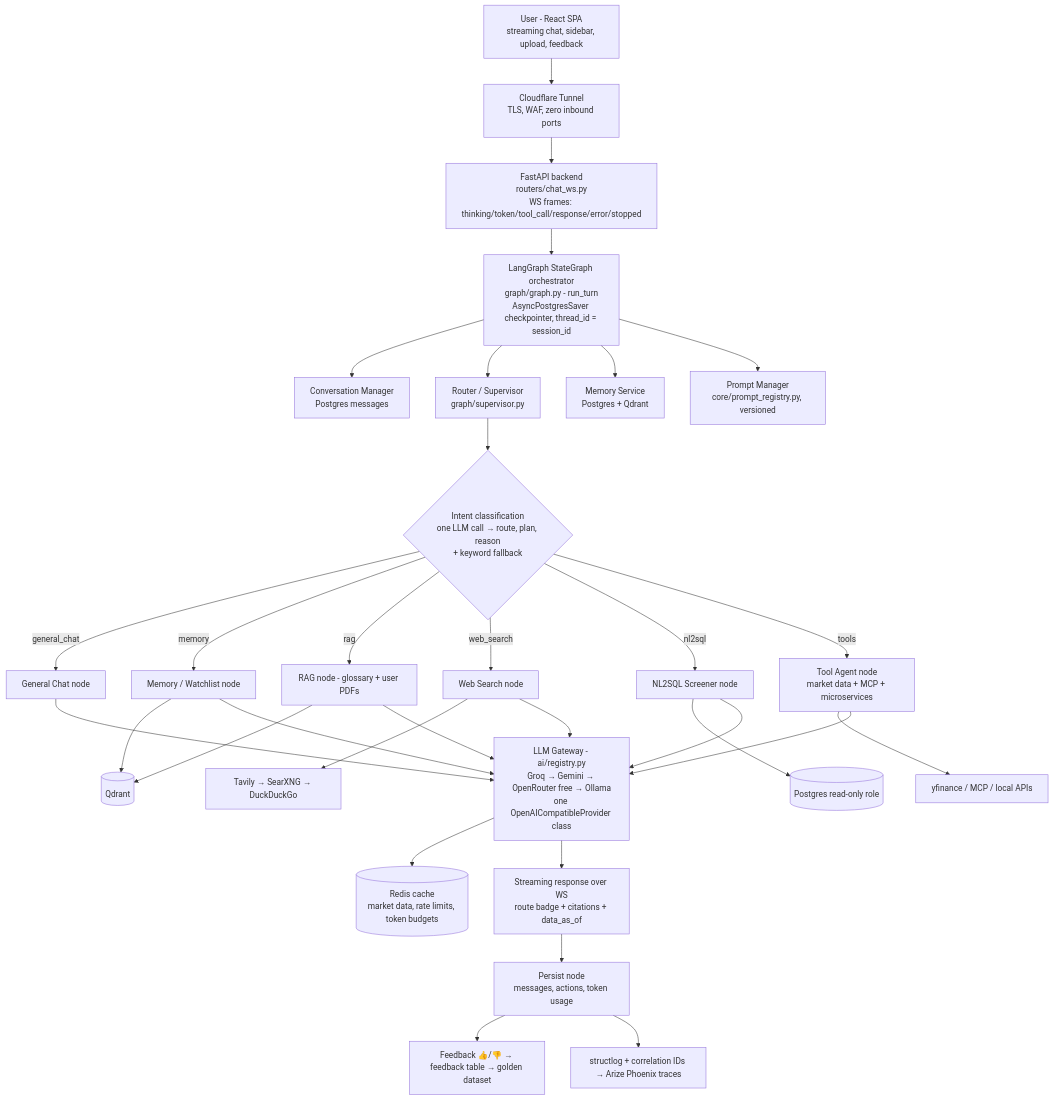
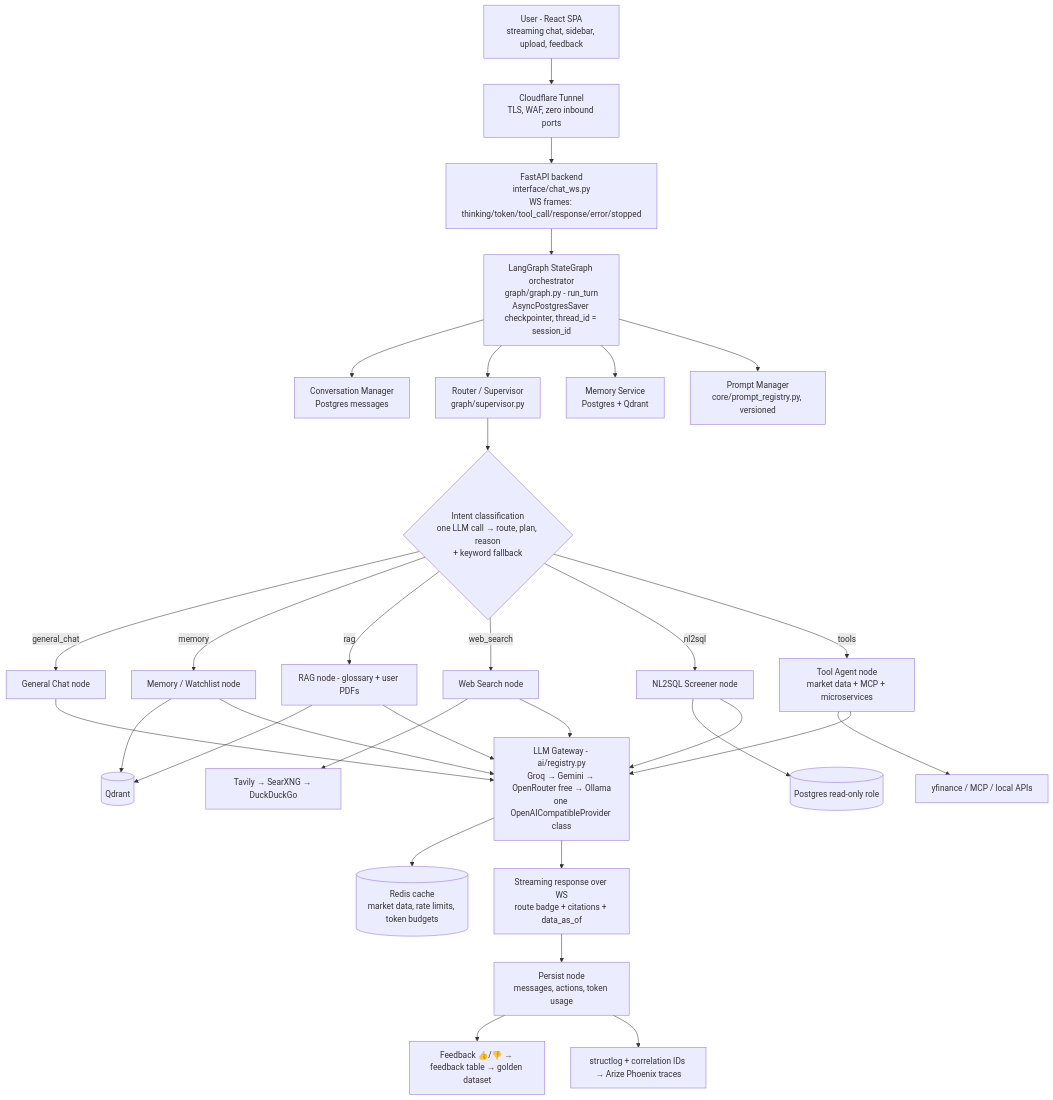
One commit to ARETYON/finzorr changed the second of 9 diagrams in PROJECT_PLAN.md. Above: the diagram before and after it, drawn with Mermaid. The commit also changed other lines of this file and 18 other files, not shown here.

First line of the commit message:
refactor(interface): relocate app/routers/ into app/interface/

````diff
--- a/PROJECT_PLAN.md
+++ b/PROJECT_PLAN.md
@@ -143,28 +143,28 @@
 ```mermaid
 flowchart TD
   U[User - React SPA<br/>streaming chat, sidebar, upload, feedback] --> CF[Cloudflare Tunnel<br/>TLS, WAF, zero inbound ports]
-  CF --> BE[FastAPI backend<br/>routers/chat_ws.py<br/>WS frames: thinking/token/tool_call/response/error/stopped]
+  CF --> BE[FastAPI backend<br/>interface/chat_ws.py<br/>WS frames: thinking/token/tool_call/response/error/stopped]
   BE --> ORCH[LangGraph StateGraph orchestrator<br/>graph/graph.py - run_turn<br/>AsyncPostgresSaver checkpointer, thread_id = session_id]
   ORCH --> CM[Conversation Manager<br/>Postgres messages]
   ORCH --> RT[Router / Supervisor<br/>graph/supervisor.py]
   ORCH --> MS[Memory Service<br/>Postgres + Qdrant]
   ORCH --> PM[Prompt Manager<br/>core/prompt_registry.py, versioned]
   RT --> IC{Intent classification<br/>one LLM call → route, plan, reason<br/>+ keyword fallback}
   IC -->|general_chat| N0[General Chat node]
   IC -->|memory| N1[Memory / Watchlist node]
   IC -->|rag| N2[RAG node - glossary + user PDFs]
   IC -->|web_search| N3[Web Search node]
   IC -->|nl2sql| N4[NL2SQL Screener node]
   IC -->|tools| N5[Tool Agent node<br/>market data + MCP + microservices]
   N1 --> QDR[(Qdrant)]
   N2 --> QDR
   N4 --> PGRO[(Postgres read-only role)]
   N3 --> SRCH[Tavily → SearXNG → DuckDuckGo]
   N5 --> EXTT[yfinance / MCP / local APIs]
   N0 & N1 & N2 & N3 & N4 & N5 --> LLM[LLM Gateway - ai/registry.py<br/>Groq → Gemini → OpenRouter free → Ollama<br/>one OpenAICompatibleProvider class]
   LLM --> CACHE[(Redis cache<br/>market data, rate limits, token budgets)]
   LLM --> STREAM[Streaming response over WS<br/>route badge + citations + data_as_of]
   STREAM --> PERSIST[Persist node<br/>messages, actions, token usage]
   PERSIST --> FB[Feedback 👍/👎 → feedback table → golden dataset]
   PERSIST --> OBS[structlog + correlation IDs → Arize Phoenix traces]
 ```
````
